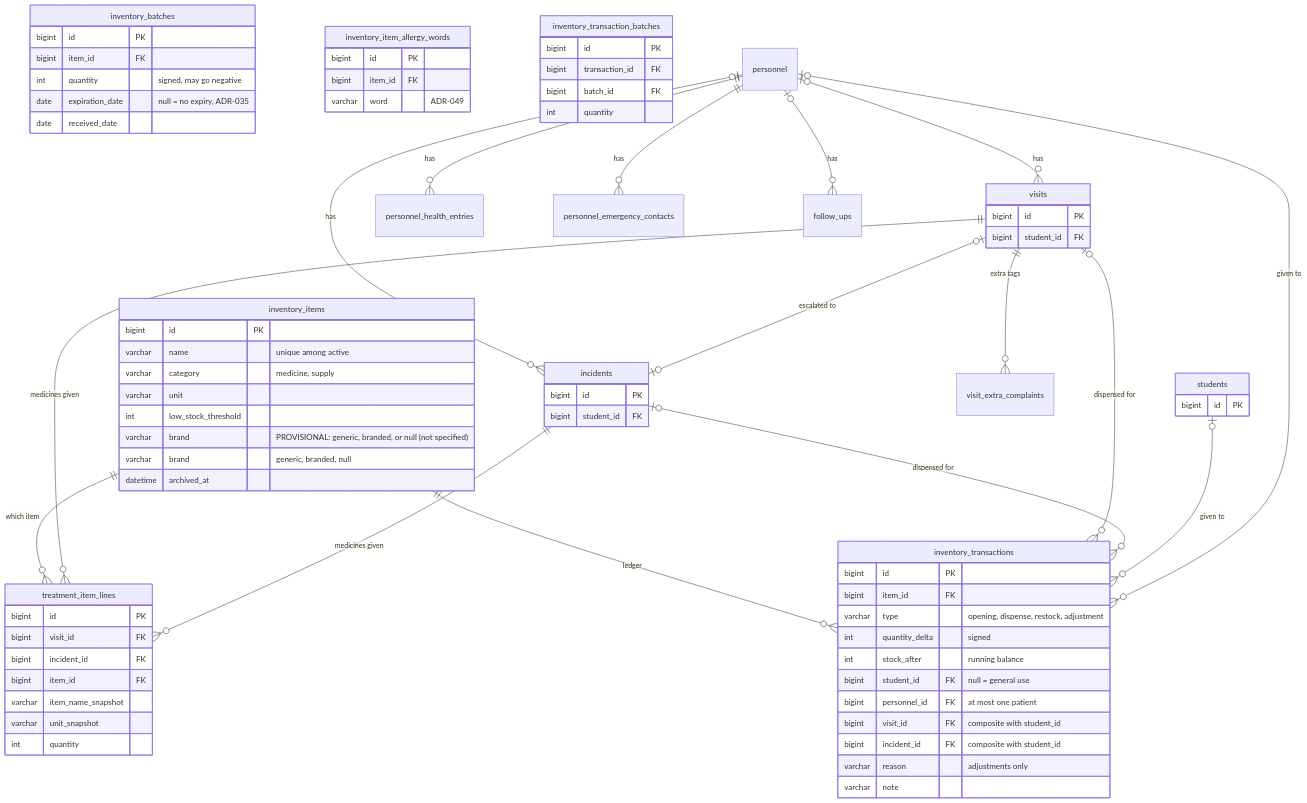
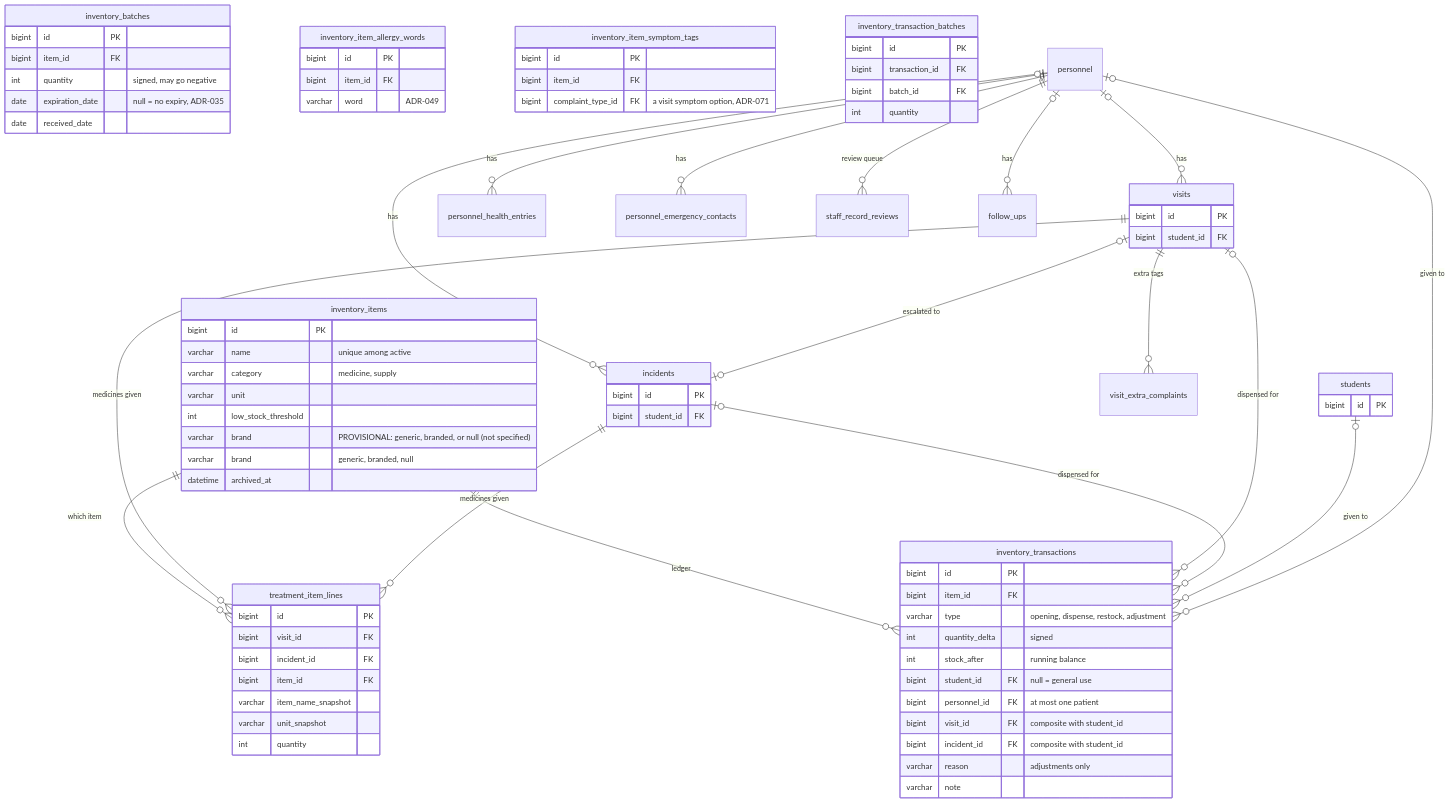
The fifth of 6 diagrams in CLINIQ-Knowledge-Base/02-Architecture/Database/ERD.md (zekuuu/cliniq), drawn with Mermaid before and after one commit. The commit also changed other lines of this file and 18 other files, not shown here.

First line of the commit message:
docs(db): approved 48-table ERD, reference schema, checks and diagrams

```diff
--- a/CLINIQ-Knowledge-Base/02-Architecture/Database/ERD.md
+++ b/CLINIQ-Knowledge-Base/02-Architecture/Database/ERD.md
@@ -455,6 +479,11 @@
         bigint id PK
         bigint item_id FK
         varchar word "ADR-049"
+    }
+    inventory_item_symptom_tags {
+        bigint id PK
+        bigint item_id FK
+        bigint complaint_type_id FK "a visit symptom option, ADR-071"
     }
     inventory_transaction_batches {
         bigint id PK
@@ -504,6 +533,7 @@
     students |o--o{ inventory_transactions : "given to"
     personnel ||--o{ personnel_health_entries : has
     personnel ||--o{ personnel_emergency_contacts : has
+    personnel ||--o{ staff_record_reviews : "review queue"
     personnel |o--o{ visits : has
     personnel |o--o{ incidents : has
     personnel |o--o{ follow_ups : has
```
